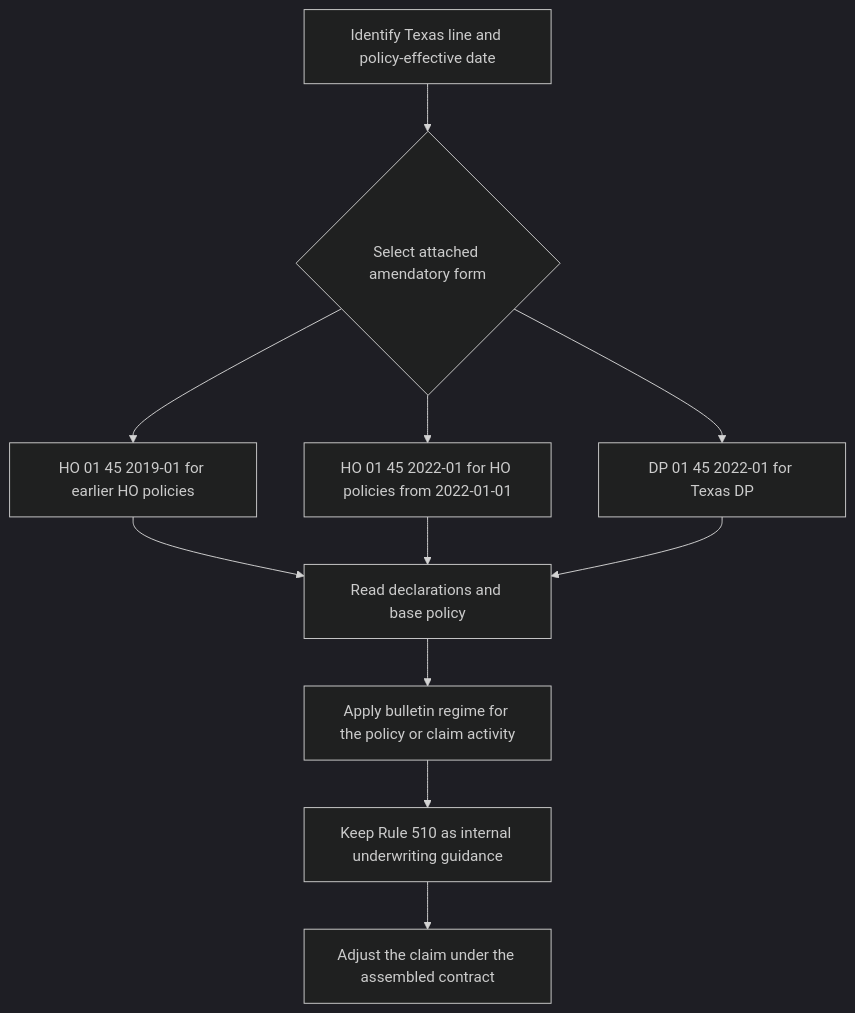
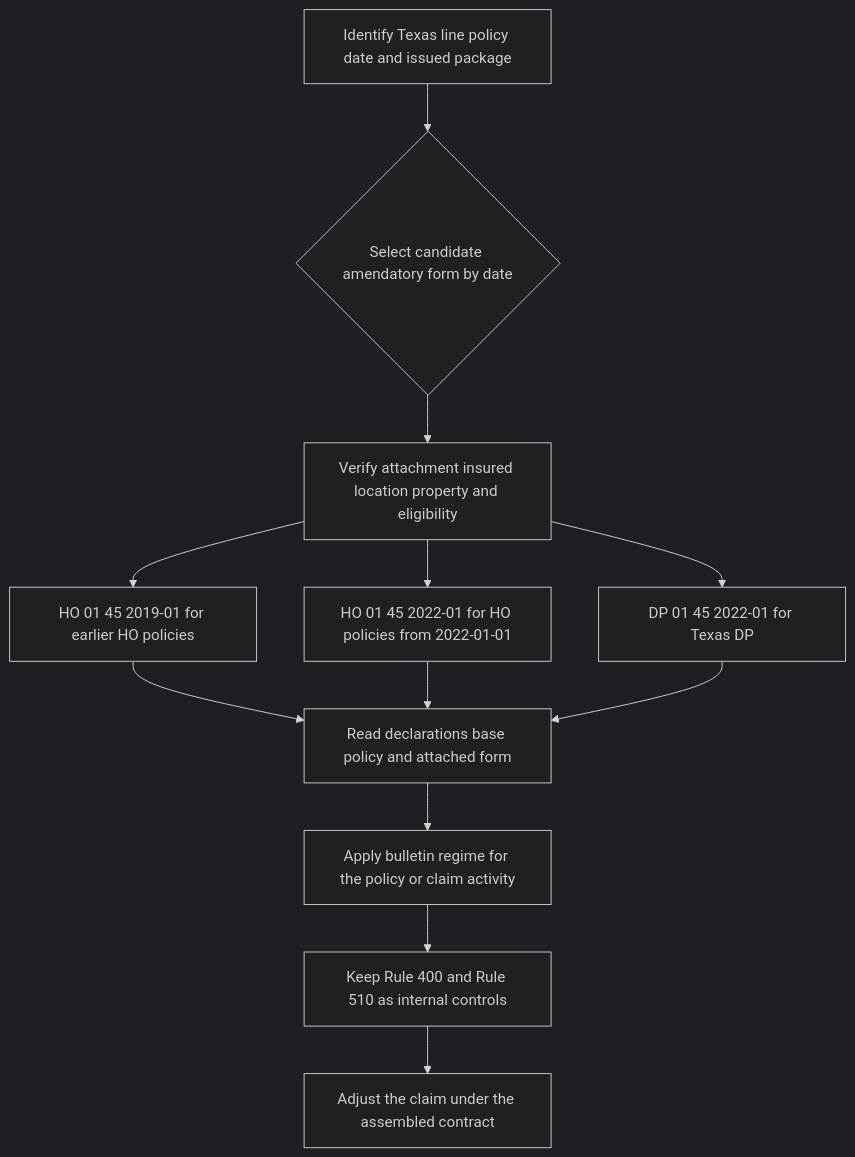
Before and after one commit to eugeneliu-86/openwiki-insurance-corpus: the diagram in openwiki/state-overlays/texas.md, drawn with Mermaid (dark theme). The commit also changed other lines of this file and 107 other files, not shown here.

````diff
--- a/openwiki/state-overlays/texas.md
+++ b/openwiki/state-overlays/texas.md
@@ -47,13 +47,14 @@
 ```mermaid
 flowchart TD
-    A["Identify Texas line and policy-effective date"] --> B{"Select attached amendatory form"}
-    B --> H19["HO 01 45 2019-01 for earlier HO policies"]
-    B --> H22["HO 01 45 2022-01 for HO policies from 2022-01-01"]
-    B --> D22["DP 01 45 2022-01 for Texas DP"]
-    H19 --> C["Read declarations and base policy"]
+    A["Identify Texas line policy date and issued package"] --> B{"Select candidate amendatory form by date"}
+    B --> V["Verify attachment insured location property and eligibility"]
+    V --> H19["HO 01 45 2019-01 for earlier HO policies"]
+    V --> H22["HO 01 45 2022-01 for HO policies from 2022-01-01"]
+    V --> D22["DP 01 45 2022-01 for Texas DP"]
+    H19 --> C["Read declarations base policy and attached form"]
     H22 --> C
     D22 --> C
     C --> R["Apply bulletin regime for the policy or claim activity"]
-    R --> U["Keep Rule 510 as internal underwriting guidance"]
+    R --> U["Keep Rule 400 and Rule 510 as internal controls"]
     U --> L["Adjust the claim under the assembled contract"]
 ```
````
